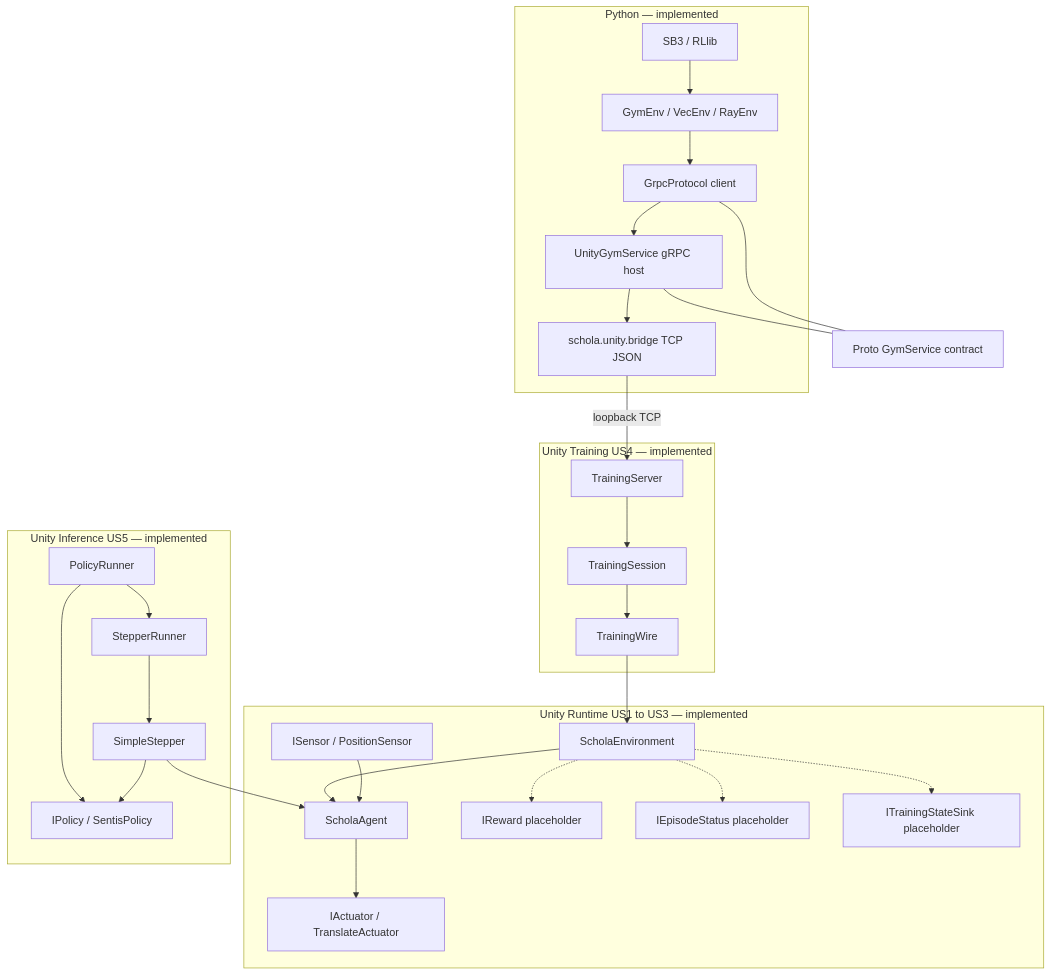
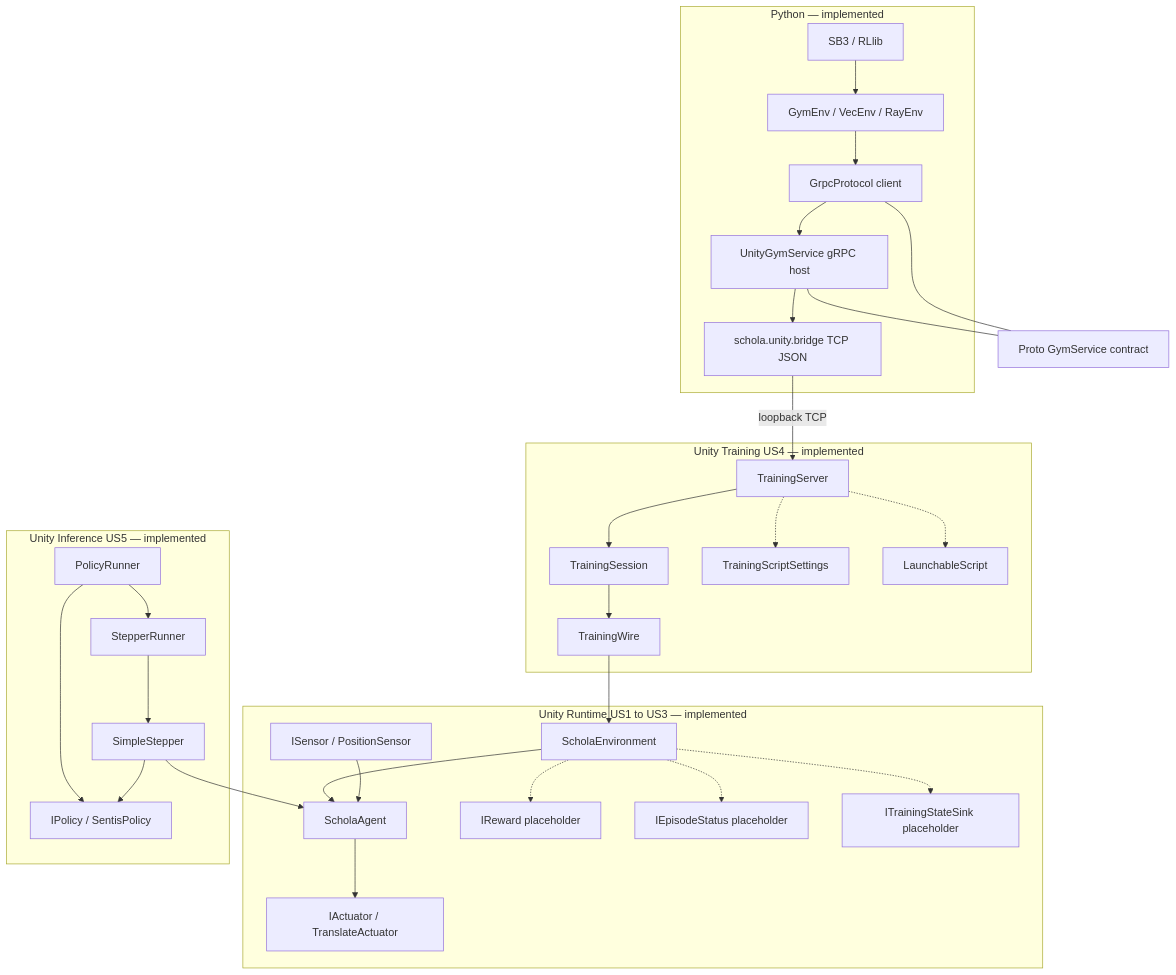
One commit to csc301-2026-f/11-AMD-Schola changed the second of 15 diagrams in Unity/com.amd.schola/Documentation~/architecture/us1-us4-uml.md. Above: the diagram before and after it, drawn with Mermaid. The commit also changed other lines of this file, not shown here.

Commit message:
chore: Update UML diagram to include Unity Panel UI

````diff
--- a/Unity/com.amd.schola/Documentation~/architecture/us1-us4-uml.md
+++ b/Unity/com.amd.schola/Documentation~/architecture/us1-us4-uml.md
@@ -68,51 +68,55 @@
 ```mermaid
 flowchart TB
   subgraph pythonSide ["Python — implemented"]
     trainers["SB3 / RLlib"]
     gymEnv["GymEnv / VecEnv / RayEnv"]
     grpcClient["GrpcProtocol client"]
     gymService["UnityGymService gRPC host"]
     bridge["schola.unity.bridge TCP JSON"]
     trainers --> gymEnv --> grpcClient --> gymService --> bridge
   end
 
   subgraph unityTraining ["Unity Training US4 — implemented"]
     server["TrainingServer"]
     session["TrainingSession"]
     wire["TrainingWire"]
+    scriptSettings["TrainingScriptSettings"]
+    launchableScript["LaunchableScript"]
     server --> session --> wire
+    server -.-> scriptSettings
+    server -.-> launchableScript
   end
 
   subgraph unityRuntime ["Unity Runtime US1 to US3 — implemented"]
     env["ScholaEnvironment"]
     agent["ScholaAgent"]
     sensors["ISensor / PositionSensor"]
     actuators["IActuator / TranslateActuator"]
     reward["IReward placeholder"]
     status["IEpisodeStatus placeholder"]
     sink["ITrainingStateSink placeholder"]
     env --> agent
     sensors --> agent
     agent --> actuators
     env -.-> reward
     env -.-> status
     env -.-> sink
   end
 
   subgraph unityInference ["Unity Inference US5 — implemented"]
     policyRunner["PolicyRunner"]
     runner["StepperRunner"]
     stepper["SimpleStepper"]
     policy["IPolicy / SentisPolicy"]
     policyRunner --> runner --> stepper
     policyRunner --> policy
     stepper --> policy
   end
 
   proto["Proto GymService contract"]
   bridge -->|"loopback TCP"| server
   wire --> env
   stepper --> agent
   gymService --- proto
   grpcClient --- proto
 ```
````
